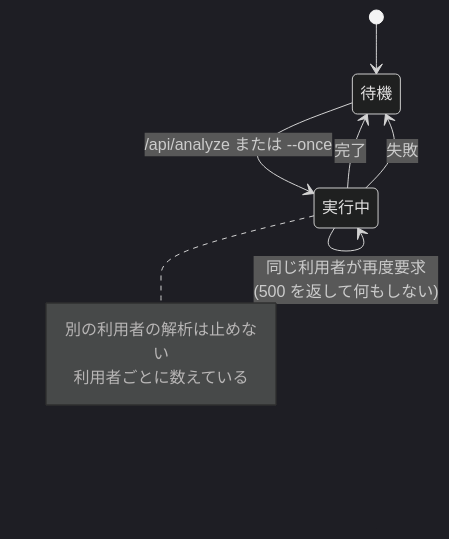
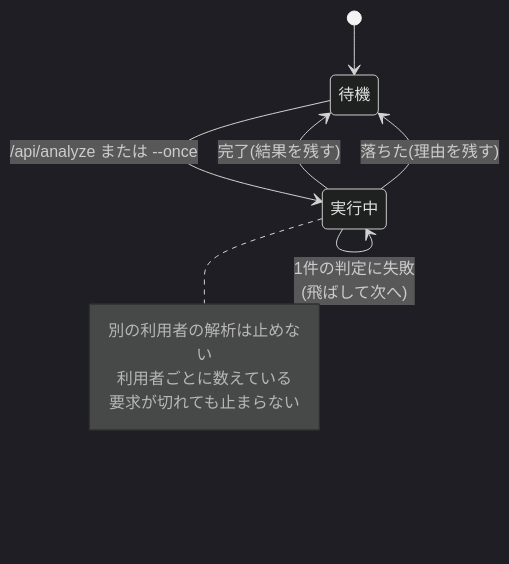
One commit to mt3hr/gkill_autocomplete changed the eighth of 8 diagrams in documents/reverse/state-machines.md. Above: the diagram before and after it, drawn with Mermaid (dark theme). The commit also changed other lines of this file and 25 other files, not shown here.

````diff
--- a/documents/reverse/state-machines.md
+++ b/documents/reverse/state-machines.md
@@ -207,15 +212,17 @@
 ```mermaid
 stateDiagram-v2
     [*] --> 待機
 
     待機 --> 実行中 : /api/analyze または --once
-    実行中 --> 待機 : 完了
-    実行中 --> 待機 : 失敗
+    実行中 --> 待機 : 完了(結果を残す)
+    実行中 --> 待機 : 落ちた(理由を残す)
 
-    実行中 --> 実行中 : 同じ利用者が再度要求<br/>(500 を返して何もしない)
+    実行中 --> 実行中 : 同じ利用者が再度要求<br/>(いまの進み具合を返すだけ)
+    実行中 --> 実行中 : 1件の判定に失敗<br/>(飛ばして次へ)
 
     note right of 実行中
         別の利用者の解析は止めない
         利用者ごとに数えている
+        要求が切れても止まらない
     end note
 ```
````
